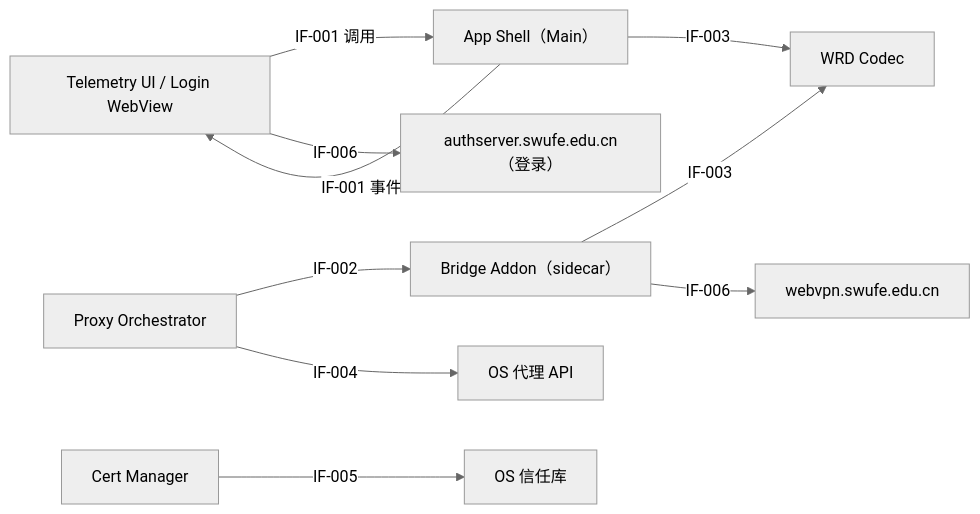
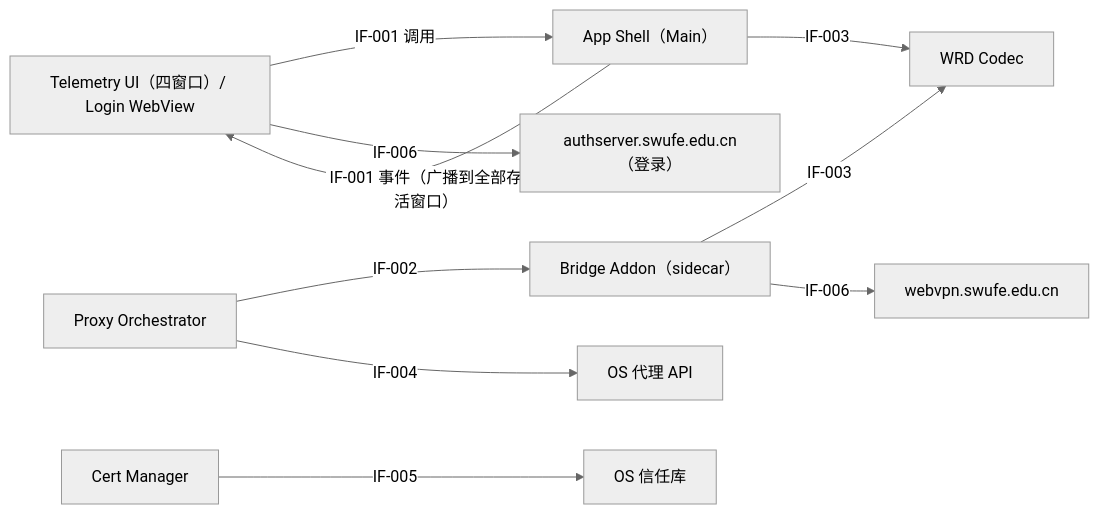
The diagram in docs/architecture/interfaces.md (cherrchen/swufe-webvpn-codec), drawn with Mermaid (neutral theme) before and after one commit. The commit also changed other lines of this file and 39 other files, not shown here.

````diff
--- a/docs/architecture/interfaces.md
+++ b/docs/architecture/interfaces.md
@@ -23,12 +23,12 @@
 ```mermaid
 flowchart LR
-    UI["Telemetry UI / Login WebView"] -->|"IF-001 调用"| Shell["App Shell（Main）"]
-    Shell -->|"IF-001 事件"| UI
+    UI["Telemetry UI（四窗口）/ Login WebView"] -->|"IF-001 调用"| Shell["App Shell（Main）"]
+    Shell -->|"IF-001 事件（广播到全部存活窗口）"| UI
     Shell -->|"IF-003"| Codec["WRD Codec"]
     Orch["Proxy Orchestrator"] -->|"IF-002"| Addon["Bridge Addon（sidecar）"]
     Addon -->|"IF-003"| Codec
     Orch -->|"IF-004"| OSProxy["OS 代理 API"]
     Cert["Cert Manager"] -->|"IF-005"| OSTrust["OS 信任库"]
     Addon -->|"IF-006"| WV["webvpn.swufe.edu.cn"]
     UI -->|"IF-006"| AS["authserver.swufe.edu.cn（登录）"]
 ```
````
